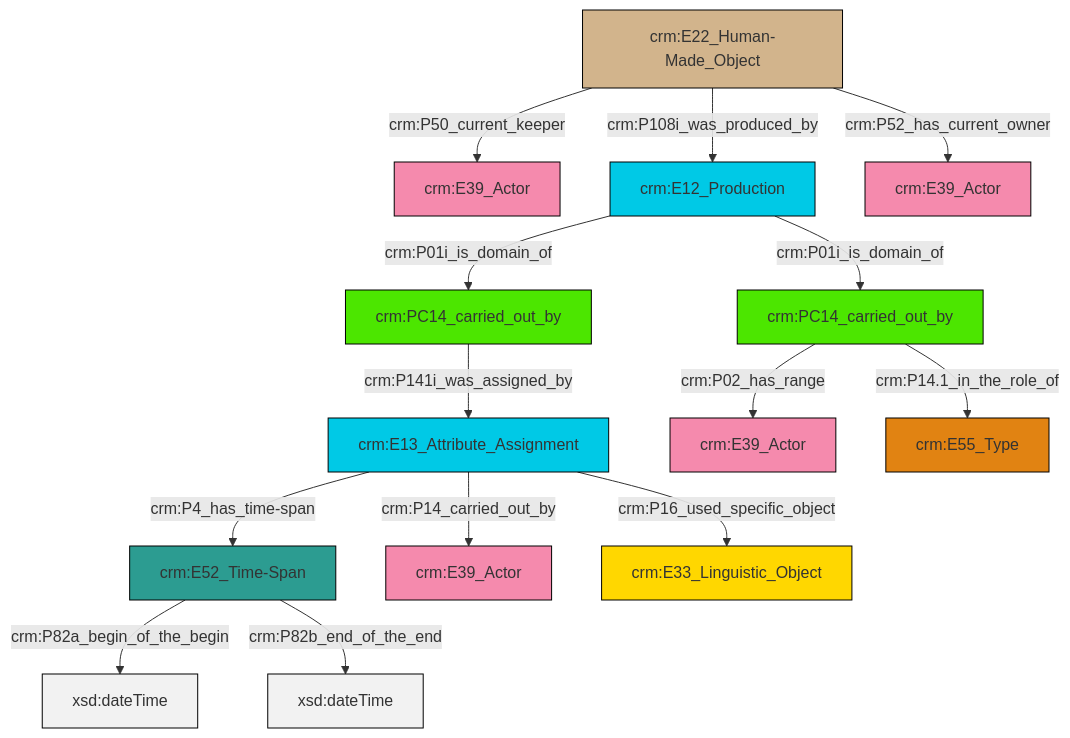
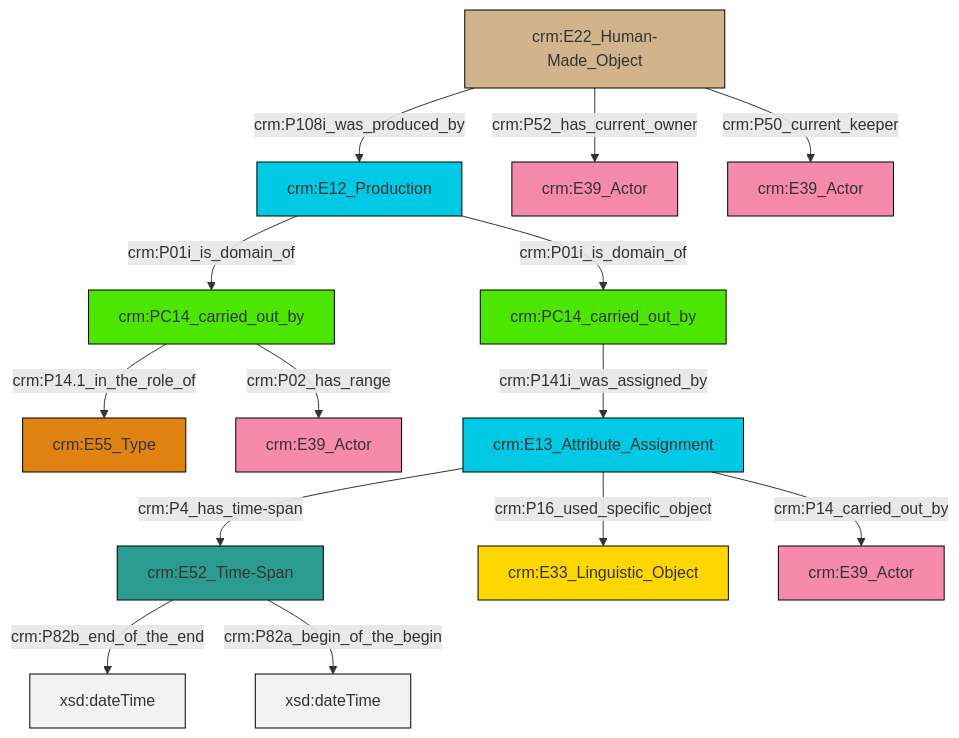
Before and after one commit to swiss-art-research-net/docs.swissartresearch: the diagram in et/carrierCSV/ttl/mmd/carrier_relations.ttl.mmd, drawn with Mermaid. The commit also changed 180 other files, not shown here.

```diff
--- a/et/carrierCSV/ttl/mmd/carrier_relations.ttl.mmd
+++ b/et/carrierCSV/ttl/mmd/carrier_relations.ttl.mmd
@@ -1,28 +1,28 @@
 graph TD
 classDef Literal fill:#f2f2f2,stroke:#000000;
 classDef CRM_Entity fill:#FFFFFF,stroke:#000000;
 classDef Temporal_Entity fill:#00C9E6, stroke:#000000;
 classDef Type fill:#E18312, stroke:#000000;
 classDef Time-Span fill:#2C9C91, stroke:#000000;
 classDef Appellation fill:#FFEB7F, stroke:#000000;
 classDef Place fill:#008836, stroke:#000000;
 classDef Persistent_Item fill:#B266B2, stroke:#000000;
 classDef Conceptual_Object fill:#FFD700, stroke:#000000;
 classDef Physical_Thing fill:#D2B48C, stroke:#000000;
 classDef Actor fill:#f58aad, stroke:#000000;
 classDef PC_Classes fill:#4ce600, stroke:#000000;
 classDef Multi fill:#cccccc,stroke:#000000;
 
-0["crm:PC14_carried_out_by"]:::PC_Classes -->|crm:P141i_was_assigned_by| 1["crm:E13_Attribute_Assignment"]:::Temporal_Entity
-2["crm:PC14_carried_out_by"]:::PC_Classes -->|crm:P02_has_range| 3["crm:E39_Actor"]:::Actor
-1["crm:E13_Attribute_Assignment"]:::Temporal_Entity -->|crm:P4_has_time-span| 9["crm:E52_Time-Span"]:::Time-Span
-12["crm:E22_Human-Made_Object"]:::Physical_Thing -->|crm:P50_current_keeper| 10["crm:E39_Actor"]:::Actor
-9["crm:E52_Time-Span"]:::Time-Span -->|crm:P82a_begin_of_the_begin| 13[xsd:dateTime]:::Literal
-2["crm:PC14_carried_out_by"]:::PC_Classes -->|crm:P14.1_in_the_role_of| 6["crm:E55_Type"]:::Type
-14["crm:E12_Production"]:::Temporal_Entity -->|crm:P01i_is_domain_of| 2["crm:PC14_carried_out_by"]:::PC_Classes
-12["crm:E22_Human-Made_Object"]:::Physical_Thing -->|crm:P52_has_current_owner| 16["crm:E39_Actor"]:::Actor
-9["crm:E52_Time-Span"]:::Time-Span -->|crm:P82b_end_of_the_end| 20[xsd:dateTime]:::Literal
-1["crm:E13_Attribute_Assignment"]:::Temporal_Entity -->|crm:P14_carried_out_by| 21["crm:E39_Actor"]:::Actor
-1["crm:E13_Attribute_Assignment"]:::Temporal_Entity -->|crm:P16_used_specific_object| 23["crm:E33_Linguistic_Object"]:::Conceptual_Object
-12["crm:E22_Human-Made_Object"]:::Physical_Thing -->|crm:P108i_was_produced_by| 14["crm:E12_Production"]:::Temporal_Entity
-14["crm:E12_Production"]:::Temporal_Entity -->|crm:P01i_is_domain_of| 0["crm:PC14_carried_out_by"]:::PC_Classes
+2["crm:E52_Time-Span"]:::Time-Span -->|crm:P82b_end_of_the_end| 3[xsd:dateTime]:::Literal
+4["crm:PC14_carried_out_by"]:::PC_Classes -->|crm:P14.1_in_the_role_of| 5["crm:E55_Type"]:::Type
+8["crm:E22_Human-Made_Object"]:::Physical_Thing -->|crm:P108i_was_produced_by| 6["crm:E12_Production"]:::Temporal_Entity
+9["crm:E13_Attribute_Assignment"]:::Temporal_Entity -->|crm:P4_has_time-span| 2["crm:E52_Time-Span"]:::Time-Span
+4["crm:PC14_carried_out_by"]:::PC_Classes -->|crm:P02_has_range| 13["crm:E39_Actor"]:::Actor
+2["crm:E52_Time-Span"]:::Time-Span -->|crm:P82a_begin_of_the_begin| 15[xsd:dateTime]:::Literal
+11["crm:PC14_carried_out_by"]:::PC_Classes -->|crm:P141i_was_assigned_by| 9["crm:E13_Attribute_Assignment"]:::Temporal_Entity
+9["crm:E13_Attribute_Assignment"]:::Temporal_Entity -->|crm:P16_used_specific_object| 18["crm:E33_Linguistic_Object"]:::Conceptual_Object
+6["crm:E12_Production"]:::Temporal_Entity -->|crm:P01i_is_domain_of| 4["crm:PC14_carried_out_by"]:::PC_Classes
+8["crm:E22_Human-Made_Object"]:::Physical_Thing -->|crm:P52_has_current_owner| 22["crm:E39_Actor"]:::Actor
+8["crm:E22_Human-Made_Object"]:::Physical_Thing -->|crm:P50_current_keeper| 0["crm:E39_Actor"]:::Actor
+6["crm:E12_Production"]:::Temporal_Entity -->|crm:P01i_is_domain_of| 11["crm:PC14_carried_out_by"]:::PC_Classes
+9["crm:E13_Attribute_Assignment"]:::Temporal_Entity -->|crm:P14_carried_out_by| 16["crm:E39_Actor"]:::Actor
```
